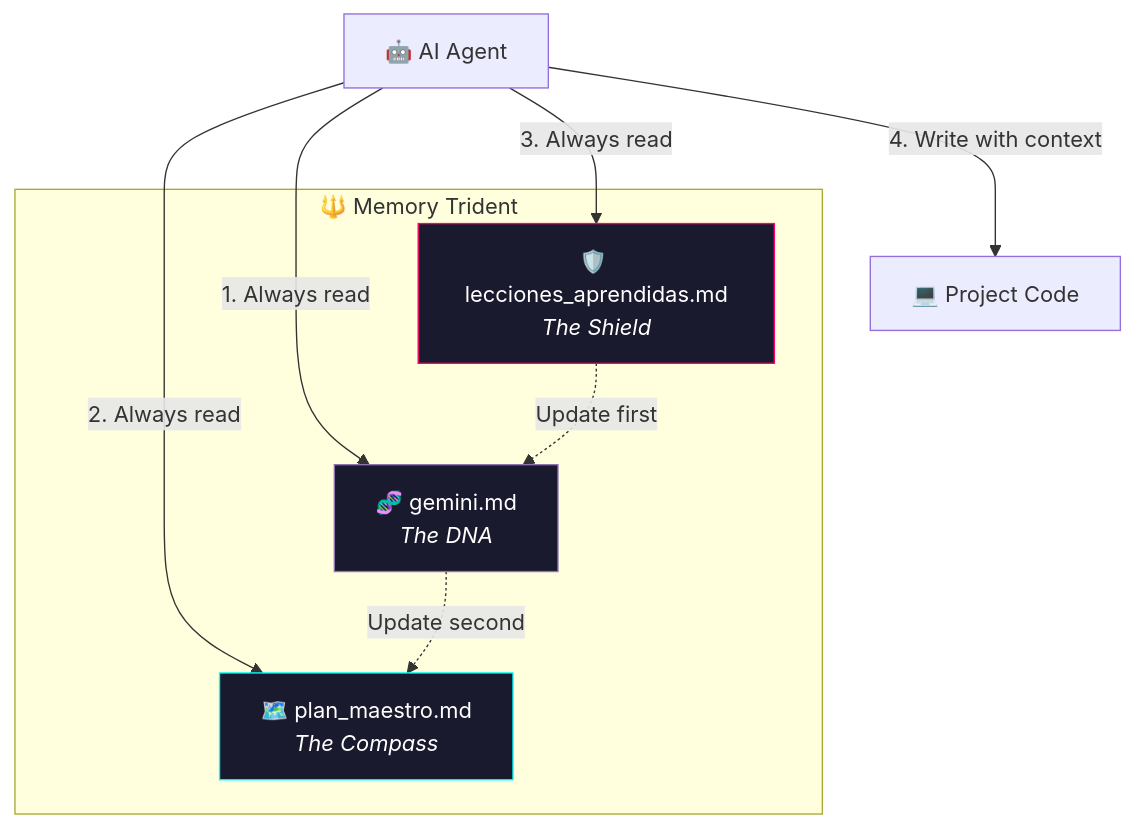
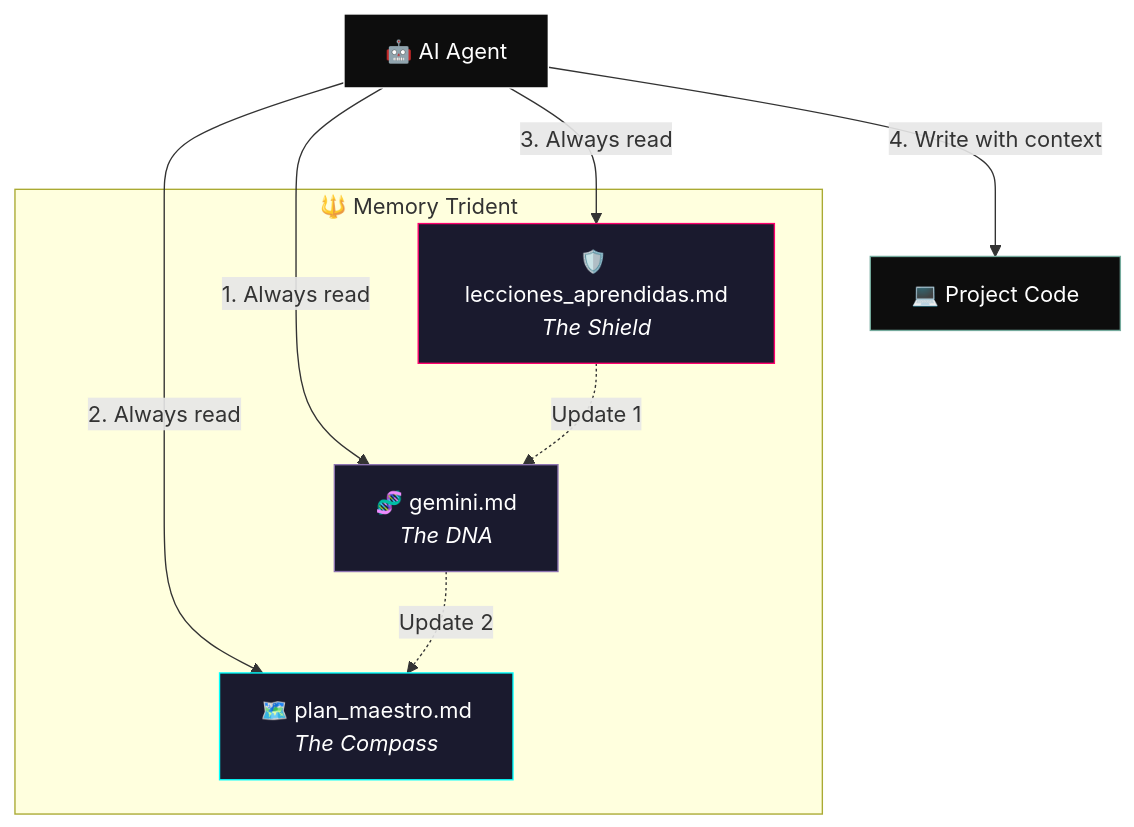
The first of 2 diagrams in README_EN.md (Cyberdark-Security/tridente-de-memoria-skill), drawn with Mermaid before and after one commit. The commit also changed other lines of this file and 47 other files, not shown here.

````diff
--- a/README_EN.md
+++ b/README_EN.md
@@ -64,23 +75,25 @@
 ```mermaid
 graph TB
     subgraph TRIDENT["🔱 Memory Trident"]
         DNA["🧬 gemini.md<br/><i>The DNA</i>"]
-        COMPASS["🗺️ plan_maestro.md<br/><i>The Compass</i>"]
-        SHIELD["🛡️ lecciones_aprendidas.md<br/><i>The Shield</i>"]
+        PLAN["🗺️ plan_maestro.md<br/><i>The Compass</i>"]
+        LESSONS["🛡️ lecciones_aprendidas.md<br/><i>The Shield</i>"]
     end
 
     AGENT["🤖 AI Agent"]
     CODE["💻 Project Code"]
 
     AGENT -->|"1. Always read"| DNA
-    AGENT -->|"2. Always read"| COMPASS
-    AGENT -->|"3. Always read"| SHIELD
+    AGENT -->|"2. Always read"| PLAN
+    AGENT -->|"3. Always read"| LESSONS
     AGENT -->|"4. Write with context"| CODE
 
-    SHIELD -.->|"Update first"| DNA
-    DNA -.->|"Update second"| COMPASS
+    LESSONS -.->|"Update 1"| DNA
+    DNA -.->|"Update 2"| PLAN
 
     style DNA fill:#1a1a2e,stroke:#8E75B2,color:#fff
-    style COMPASS fill:#1a1a2e,stroke:#00FFFF,color:#fff
-    style SHIELD fill:#1a1a2e,stroke:#FF006E,color:#fff
+    style PLAN fill:#1a1a2e,stroke:#00FFFF,color:#fff
+    style LESSONS fill:#1a1a2e,stroke:#FF006E,color:#fff
+    style AGENT fill:#0d0d0d,stroke:#fff,color:#fff
+    style CODE fill:#0d0d0d,stroke:#74aa9c,color:#fff
 ```
````
